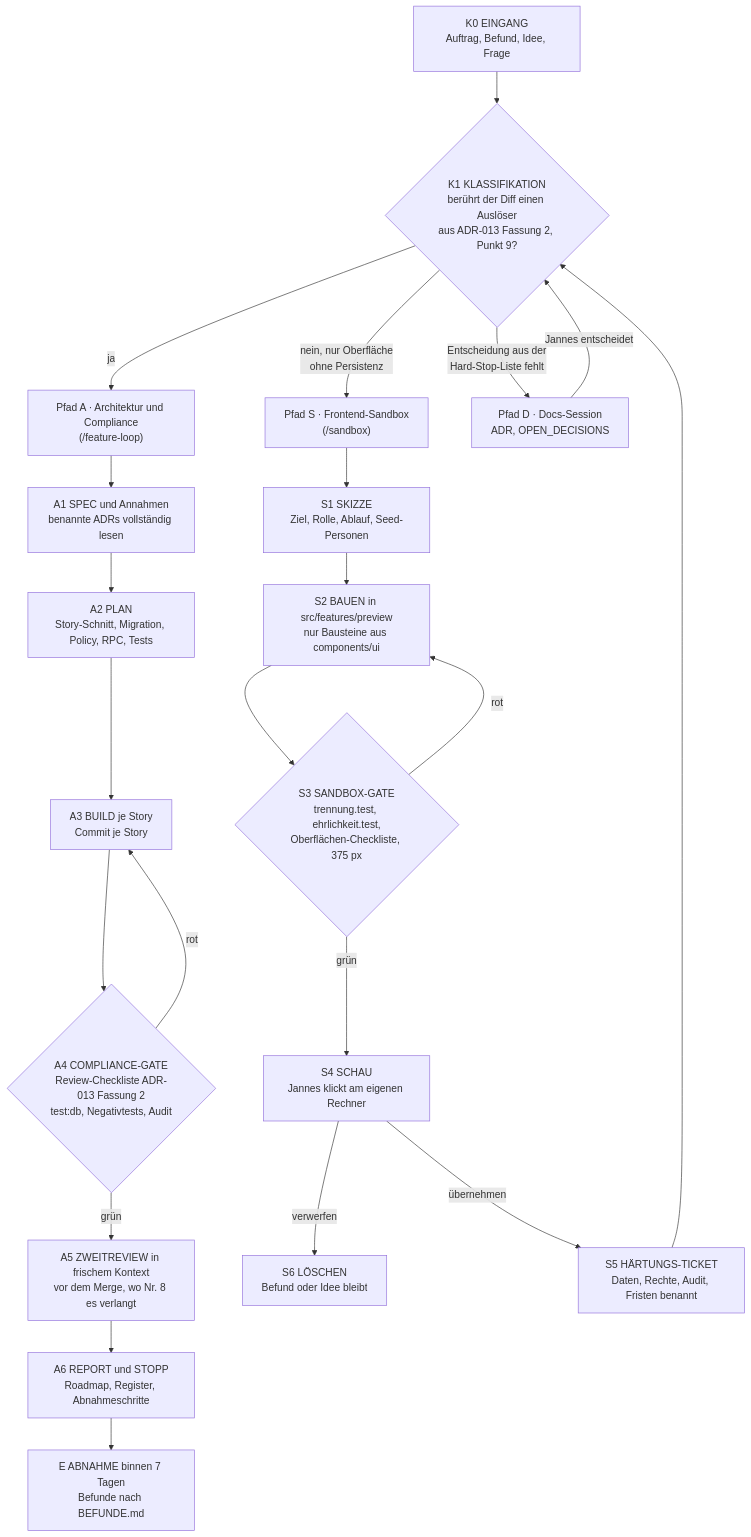
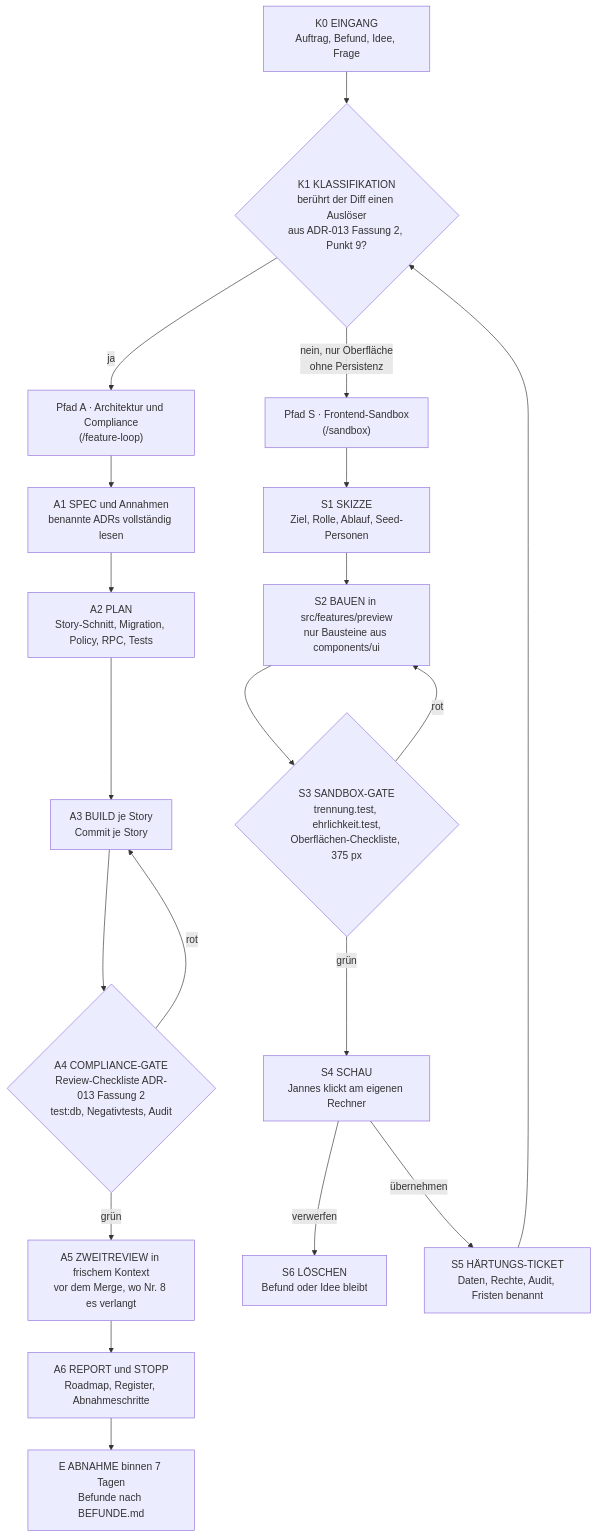
One commit to janneswichelhaus/PraxisSoftware changed the diagram in docs/development/GRAPH-ENGINEERING-WORKFLOW.md. Above: the diagram before and after it, drawn with Mermaid. The commit also changed other lines of this file and 10 other files, not shown here.

````diff
--- a/docs/development/GRAPH-ENGINEERING-WORKFLOW.md
+++ b/docs/development/GRAPH-ENGINEERING-WORKFLOW.md
@@ -50,24 +44,22 @@
 ```mermaid
 flowchart TD
   K0["K0 EINGANG<br/>Auftrag, Befund, Idee, Frage"] --> K1{"K1 KLASSIFIKATION<br/>berührt der Diff einen Auslöser<br/>aus ADR-013 Fassung 2, Punkt 9?"}
   K1 -- "ja" --> A0["Pfad A · Architektur und Compliance<br/>(/feature-loop)"]
   K1 -- "nein, nur Oberfläche<br/>ohne Persistenz" --> S0["Pfad S · Frontend-Sandbox<br/>(/sandbox)"]
-  K1 -- "Entscheidung aus der<br/>Hard-Stop-Liste fehlt" --> D0["Pfad D · Docs-Session<br/>ADR, OPEN_DECISIONS"]
-  D0 -- "Jannes entscheidet" --> K1
   A0 --> A1["A1 SPEC und Annahmen<br/>benannte ADRs vollständig lesen"]
   A1 --> A2["A2 PLAN<br/>Story-Schnitt, Migration, Policy, RPC, Tests"]
   A2 --> A3["A3 BUILD je Story<br/>Commit je Story"]
   A3 --> A4{"A4 COMPLIANCE-GATE<br/>Review-Checkliste ADR-013 Fassung 2<br/>test:db, Negativtests, Audit"}
   A4 -- "rot" --> A3
   A4 -- "grün" --> A5["A5 ZWEITREVIEW in frischem Kontext<br/>vor dem Merge, wo Nr. 8 es verlangt"]
   A5 --> A6["A6 REPORT und STOPP<br/>Roadmap, Register, Abnahmeschritte"]
   S0 --> S1["S1 SKIZZE<br/>Ziel, Rolle, Ablauf, Seed-Personen"]
   S1 --> S2["S2 BAUEN in src/features/preview<br/>nur Bausteine aus components/ui"]
   S2 --> S3{"S3 SANDBOX-GATE<br/>trennung.test, ehrlichkeit.test,<br/>Oberflächen-Checkliste, 375 px"}
   S3 -- "rot" --> S2
   S3 -- "grün" --> S4["S4 SCHAU<br/>Jannes klickt am eigenen Rechner"]
   S4 -- "verwerfen" --> S6["S6 LÖSCHEN<br/>Befund oder Idee bleibt"]
   S4 -- "übernehmen" --> S5["S5 HÄRTUNGS-TICKET<br/>Daten, Rechte, Audit, Fristen benannt"]
   S5 --> K1
   A6 --> E["E ABNAHME binnen 7 Tagen<br/>Befunde nach BEFUNDE.md"]
 ```
````
